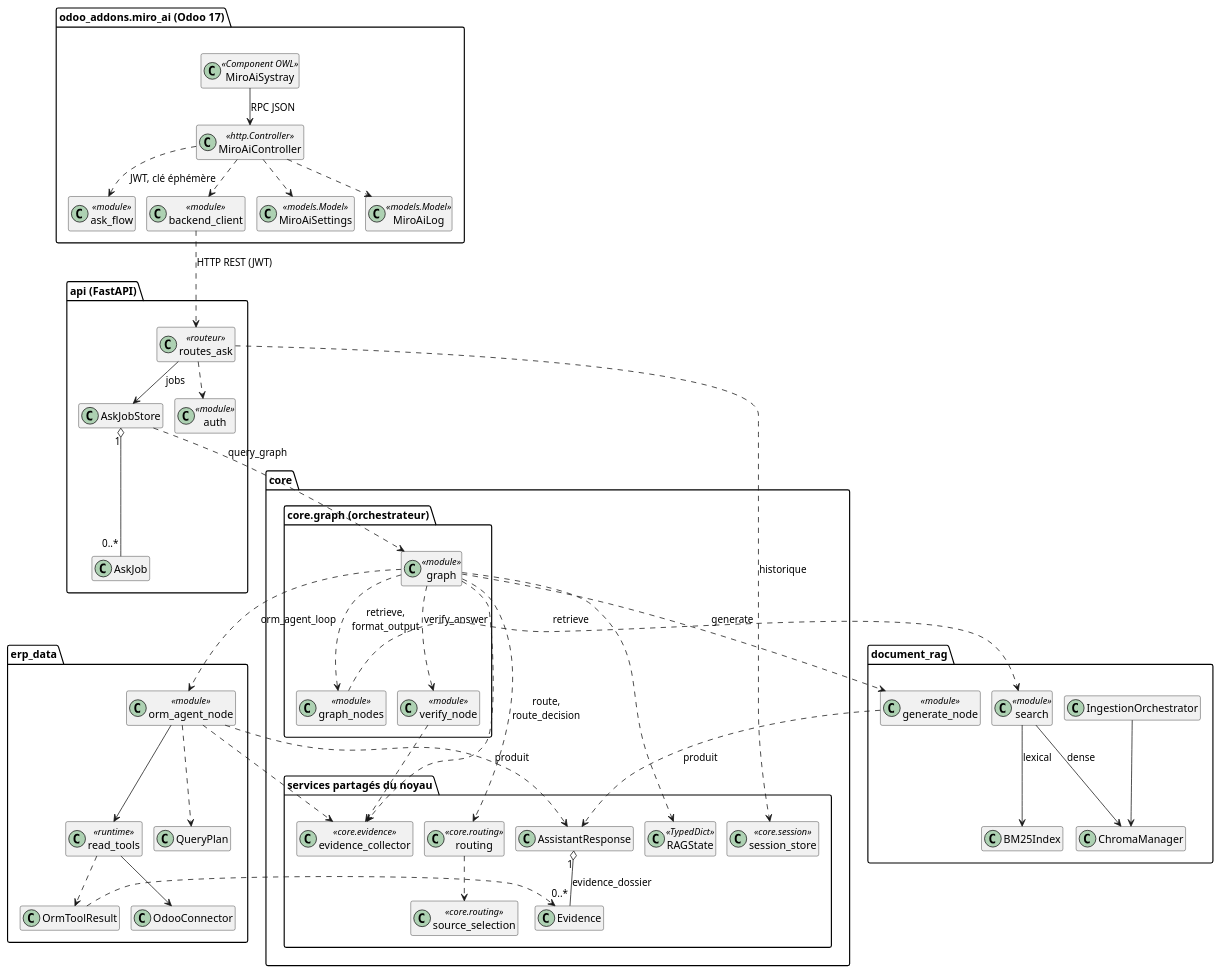
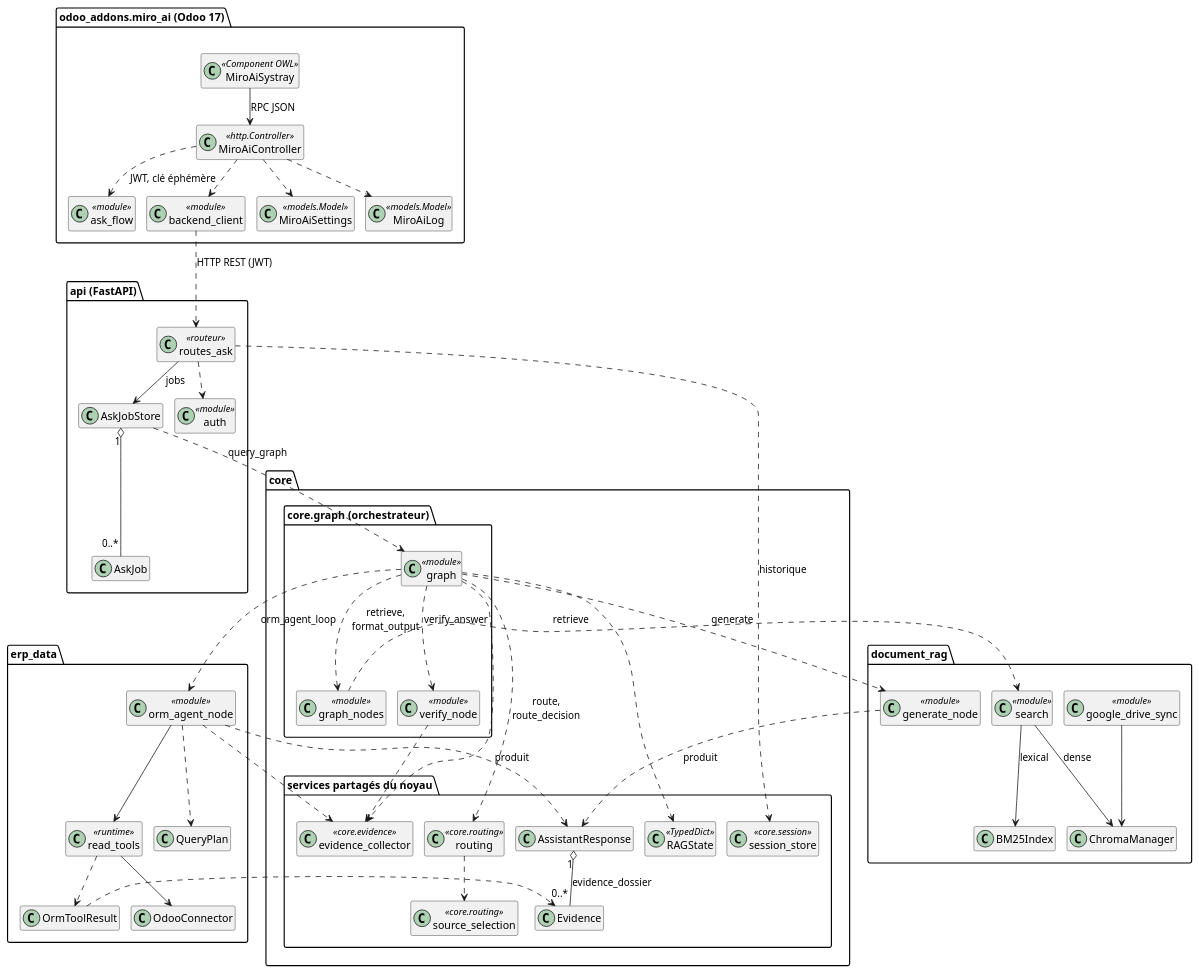
One commit to katsuki2000/odoo-ia-prototype changed the diagram in todo/diagrammes/5_9_classes_globale.puml. Above: the diagram before and after it, drawn with PlantUML. The commit also changed 69 other files, not shown here.

```diff
--- a/todo/diagrammes/5_9_classes_globale.puml
+++ b/todo/diagrammes/5_9_classes_globale.puml
@@ -133,8 +133,8 @@
   class "generate_node" as GenerateNode <<module>> {
     +generate(state) : dict
   }
-  class IngestionOrchestrator {
-    +ingest_all(docs_dir) : dict
+  class "google_drive_sync" as DriveSync <<module>> {
+    +synchronize_google_drive(client, folder_ids, manager) : dict
   }
 }
 
@@ -190,7 +190,7 @@
 Search --> ChromaManager : dense
 Search --> BM25Index : lexical
 GenerateNode ..> AssistantResponse : produit
-IngestionOrchestrator --> ChromaManager
+DriveSync --> ChromaManager
 
 OrmAgentNode ..> QueryPlan
 OrmAgentNode ..> EvidenceCollector
```
